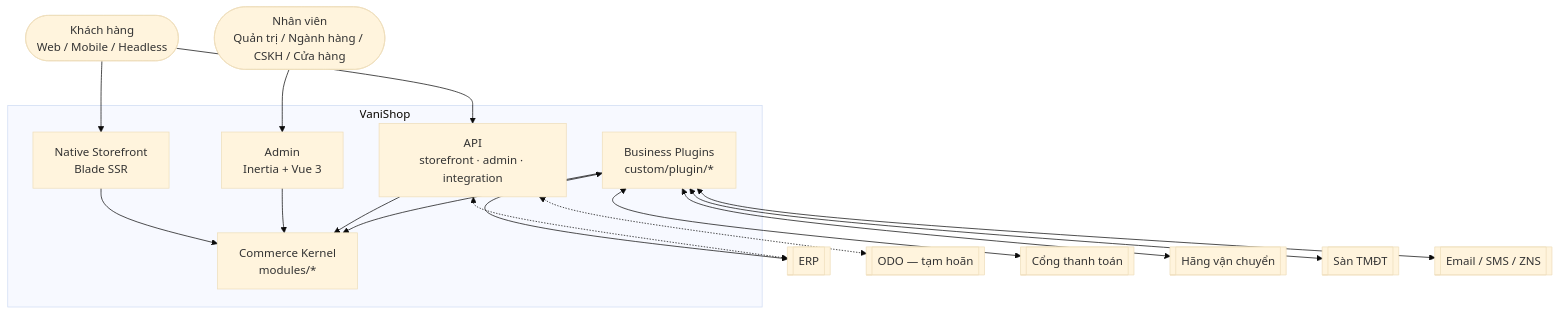
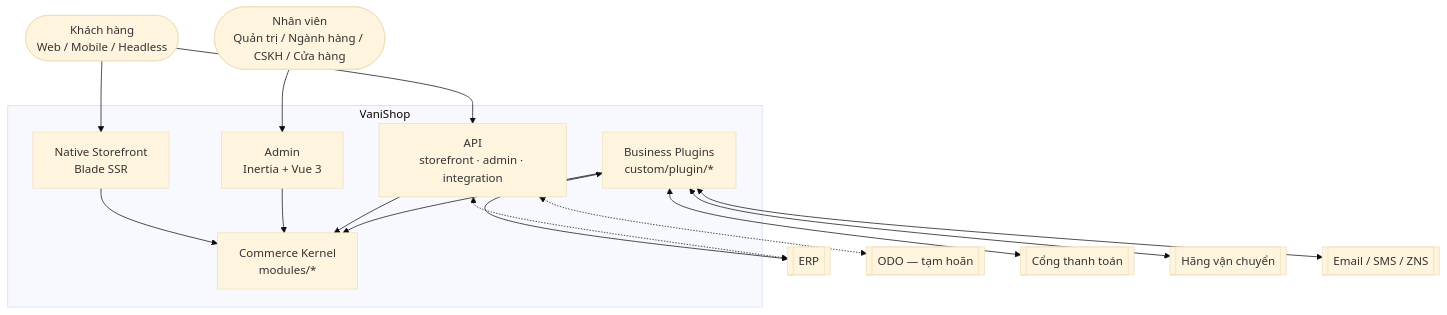
The first of 3 diagrams in docs/02-architecture/overview.md (ptdat97/vanishop), drawn with Mermaid (base theme) before and after one commit. The commit also changed other lines of this file and 38 other files, not shown here.

````diff
--- a/docs/02-architecture/overview.md
+++ b/docs/02-architecture/overview.md
@@ -21,24 +21,23 @@
 ```mermaid
 flowchart TB
     Customer([Khách hàng<br/>Web / Mobile / Headless])
     Staff([Nhân viên<br/>Quản trị / Ngành hàng / CSKH / Cửa hàng])
     subgraph VS[VaniShop]
       SF[Native Storefront<br/>Blade SSR]
       ADM[Admin<br/>Inertia + Vue 3]
       API[API<br/>storefront · admin · integration]
       CORE[Commerce Kernel<br/>modules/*]
       PLG[Business Plugins<br/>custom/plugin/*]
     end
     ERP[[ERP]]
     ODO[[ODO — tạm hoãn]]
     PAY[[Cổng thanh toán]]
     SHIP[[Hãng vận chuyển]]
-    MKT[[Sàn TMĐT]]
     NOTI[[Email / SMS / ZNS]]
     Customer --> SF & API
     Staff --> ADM
     SF & ADM & API --> CORE
     PLG --> CORE
-    PLG <--> PAY & SHIP & MKT & NOTI & ERP
+    PLG <--> PAY & SHIP & NOTI & ERP
     API <-.-> ERP & ODO
 ```
````
